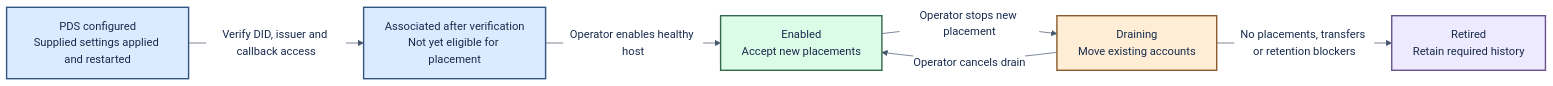
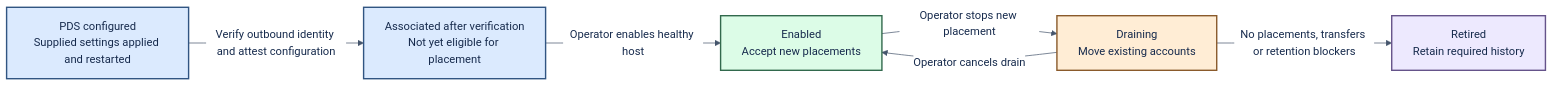
One commit to hypercerts-org/hypercerts-entryway changed the fifth of 5 diagrams in docs/architecture.md. Above: the diagram before and after it, drawn with Mermaid. The commit also changed other lines of this file and 22 other files, not shown here.

````diff
--- a/docs/architecture.md
+++ b/docs/architecture.md
@@ -515,22 +517,22 @@
 ```mermaid
 %%{init: {"theme":"base","themeVariables":{"primaryTextColor":"#172B4D","lineColor":"#45556C","edgeLabelBackground":"#FFFFFF","fontFamily":"Arial"}}}%%
 flowchart LR
   configured["PDS configured<br/>Supplied settings applied and restarted"]
   registered["Associated after verification<br/>Not yet eligible for placement"]
   enabled["Enabled<br/>Accept new placements"]
   draining["Draining<br/>Move existing accounts"]
   retired["Retired<br/>Retain required history"]
-  configured -->|"Verify DID, issuer and callback access"| registered
+  configured -->|"Verify outbound identity and attest configuration"| registered
   registered -->|"Operator enables healthy host"| enabled
   enabled -->|"Operator stops new placement"| draining
   draining -->|"No placements, transfers or retention blockers"| retired
   draining -->|"Operator cancels drain"| enabled
   classDef blue fill:#DBEAFE,stroke:#315582,color:#172B4D,stroke-width:2px;
   classDef mint fill:#DCFCE7,stroke:#32694D,color:#172B4D,stroke-width:2px;
   classDef peach fill:#FFEDD5,stroke:#8A5A2B,color:#172B4D,stroke-width:2px;
   classDef violet fill:#EDE9FE,stroke:#65538A,color:#172B4D,stroke-width:2px;
   class configured,registered blue;
   class enabled mint;
   class draining peach;
   class retired violet;
 ```
````
